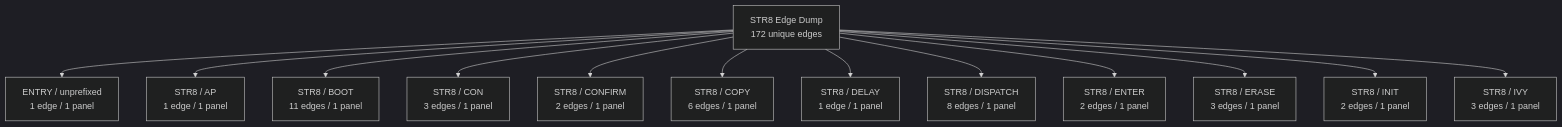
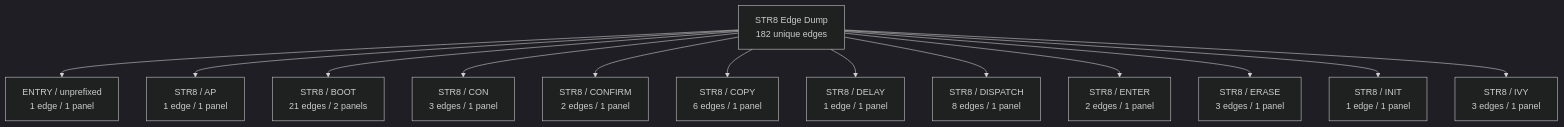
Before and after one commit to 95westus/R-YORS: the first of 45 diagrams in DOC/GUIDES/STR8/STR8_EDGE_DUMP.md, drawn with Mermaid (dark theme). The commit also changed other lines of this file and 38 other files, not shown here.

Commit message:
Add accepted STR8 boot selector

````diff
--- a/DOC/GUIDES/STR8/STR8_EDGE_DUMP.md
+++ b/DOC/GUIDES/STR8/STR8_EDGE_DUMP.md
@@ -26,15 +26,15 @@
 ```mermaid
 flowchart TD
-    EDGE_ATLAS_ROOT_0["STR8 Edge Dump<br/>172 unique edges"] --> EDGE_FAMILY_0_0["ENTRY / unprefixed<br/>1 edge / 1 panel"]
-    EDGE_ATLAS_ROOT_0["STR8 Edge Dump<br/>172 unique edges"] --> EDGE_FAMILY_0_1["STR8 / AP<br/>1 edge / 1 panel"]
-    EDGE_ATLAS_ROOT_0["STR8 Edge Dump<br/>172 unique edges"] --> EDGE_FAMILY_0_2["STR8 / BOOT<br/>11 edges / 1 panel"]
-    EDGE_ATLAS_ROOT_0["STR8 Edge Dump<br/>172 unique edges"] --> EDGE_FAMILY_0_3["STR8 / CON<br/>3 edges / 1 panel"]
-    EDGE_ATLAS_ROOT_0["STR8 Edge Dump<br/>172 unique edges"] --> EDGE_FAMILY_0_4["STR8 / CONFIRM<br/>2 edges / 1 panel"]
-    EDGE_ATLAS_ROOT_0["STR8 Edge Dump<br/>172 unique edges"] --> EDGE_FAMILY_0_5["STR8 / COPY<br/>6 edges / 1 panel"]
-    EDGE_ATLAS_ROOT_0["STR8 Edge Dump<br/>172 unique edges"] --> EDGE_FAMILY_0_6["STR8 / DELAY<br/>1 edge / 1 panel"]
-    EDGE_ATLAS_ROOT_0["STR8 Edge Dump<br/>172 unique edges"] --> EDGE_FAMILY_0_7["STR8 / DISPATCH<br/>8 edges / 1 panel"]
-    EDGE_ATLAS_ROOT_0["STR8 Edge Dump<br/>172 unique edges"] --> EDGE_FAMILY_0_8["STR8 / ENTER<br/>2 edges / 1 panel"]
-    EDGE_ATLAS_ROOT_0["STR8 Edge Dump<br/>172 unique edges"] --> EDGE_FAMILY_0_9["STR8 / ERASE<br/>3 edges / 1 panel"]
-    EDGE_ATLAS_ROOT_0["STR8 Edge Dump<br/>172 unique edges"] --> EDGE_FAMILY_0_10["STR8 / INIT<br/>2 edges / 1 panel"]
-    EDGE_ATLAS_ROOT_0["STR8 Edge Dump<br/>172 unique edges"] --> EDGE_FAMILY_0_11["STR8 / IVY<br/>3 edges / 1 panel"]
+    EDGE_ATLAS_ROOT_0["STR8 Edge Dump<br/>182 unique edges"] --> EDGE_FAMILY_0_0["ENTRY / unprefixed<br/>1 edge / 1 panel"]
+    EDGE_ATLAS_ROOT_0["STR8 Edge Dump<br/>182 unique edges"] --> EDGE_FAMILY_0_1["STR8 / AP<br/>1 edge / 1 panel"]
+    EDGE_ATLAS_ROOT_0["STR8 Edge Dump<br/>182 unique edges"] --> EDGE_FAMILY_0_2["STR8 / BOOT<br/>21 edges / 2 panels"]
+    EDGE_ATLAS_ROOT_0["STR8 Edge Dump<br/>182 unique edges"] --> EDGE_FAMILY_0_3["STR8 / CON<br/>3 edges / 1 panel"]
+    EDGE_ATLAS_ROOT_0["STR8 Edge Dump<br/>182 unique edges"] --> EDGE_FAMILY_0_4["STR8 / CONFIRM<br/>2 edges / 1 panel"]
+    EDGE_ATLAS_ROOT_0["STR8 Edge Dump<br/>182 unique edges"] --> EDGE_FAMILY_0_5["STR8 / COPY<br/>6 edges / 1 panel"]
+    EDGE_ATLAS_ROOT_0["STR8 Edge Dump<br/>182 unique edges"] --> EDGE_FAMILY_0_6["STR8 / DELAY<br/>1 edge / 1 panel"]
+    EDGE_ATLAS_ROOT_0["STR8 Edge Dump<br/>182 unique edges"] --> EDGE_FAMILY_0_7["STR8 / DISPATCH<br/>8 edges / 1 panel"]
+    EDGE_ATLAS_ROOT_0["STR8 Edge Dump<br/>182 unique edges"] --> EDGE_FAMILY_0_8["STR8 / ENTER<br/>2 edges / 1 panel"]
+    EDGE_ATLAS_ROOT_0["STR8 Edge Dump<br/>182 unique edges"] --> EDGE_FAMILY_0_9["STR8 / ERASE<br/>3 edges / 1 panel"]
+    EDGE_ATLAS_ROOT_0["STR8 Edge Dump<br/>182 unique edges"] --> EDGE_FAMILY_0_10["STR8 / INIT<br/>1 edge / 1 panel"]
+    EDGE_ATLAS_ROOT_0["STR8 Edge Dump<br/>182 unique edges"] --> EDGE_FAMILY_0_11["STR8 / IVY<br/>3 edges / 1 panel"]
 ```
````
